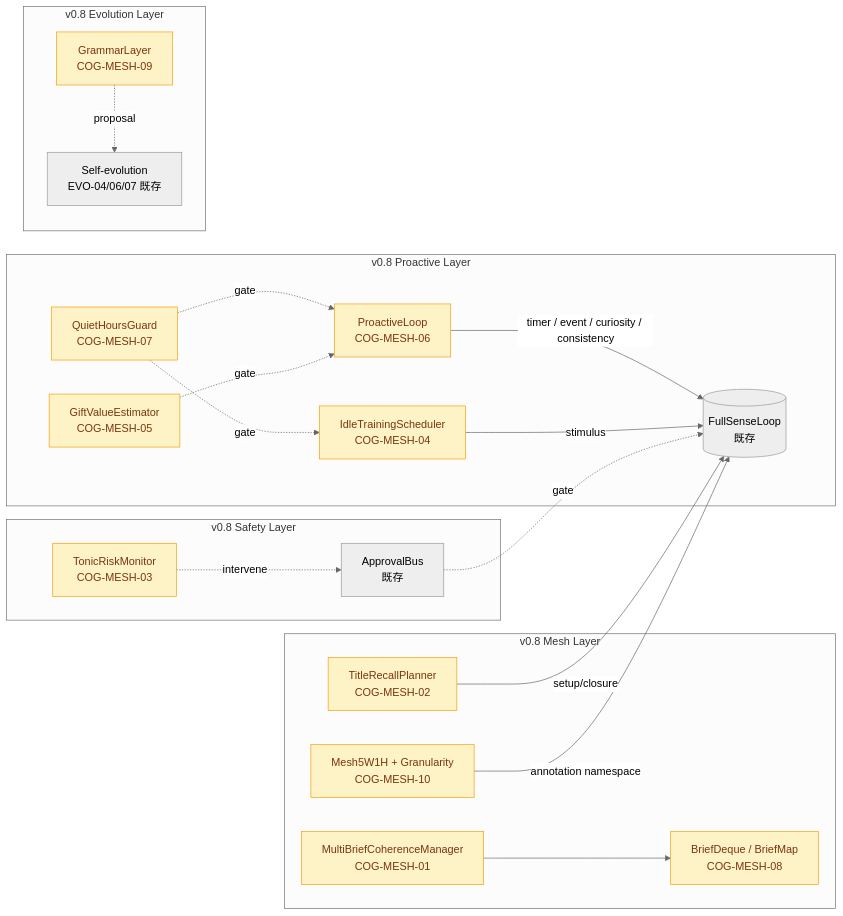
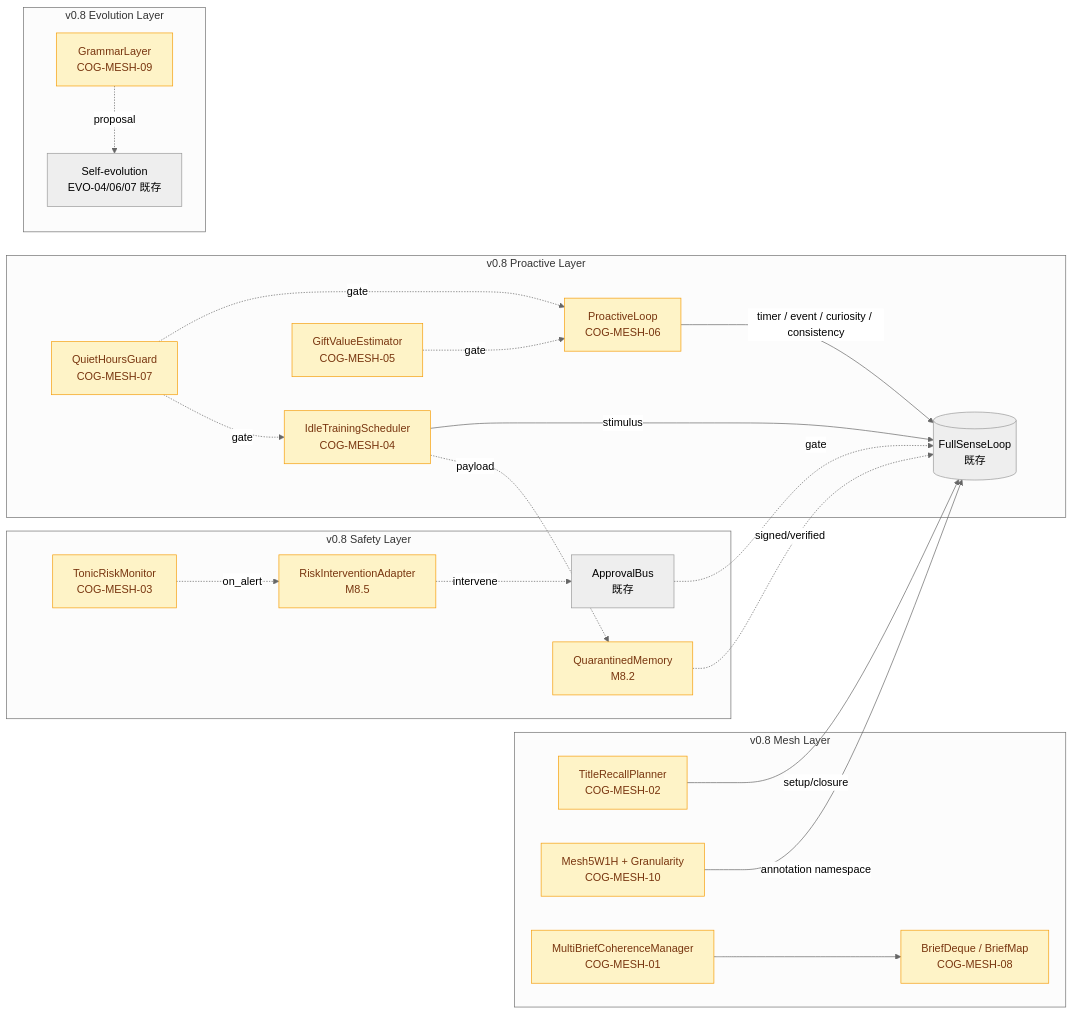
Before and after one commit to furuse-kazufumi/llive: the eighth of 8 diagrams in docs/architecture.md, drawn with Mermaid (neutral theme). The commit also changed other lines of this file, not shown here.

````diff
--- a/docs/architecture.md
+++ b/docs/architecture.md
@@ -254,24 +254,27 @@
 ```mermaid
 flowchart LR
   subgraph proactive [v0.8 Proactive Layer]
     PL[ProactiveLoop<br/>COG-MESH-06] -->|timer / event / curiosity / consistency| FSL[(FullSenseLoop<br/>既存)]
     QH[QuietHoursGuard<br/>COG-MESH-07] -.gate.-> PL
     GVE[GiftValueEstimator<br/>COG-MESH-05] -.gate.-> PL
     IDLE[IdleTrainingScheduler<br/>COG-MESH-04] -->|stimulus| FSL
     QH -.gate.-> IDLE
   end
   subgraph mesh [v0.8 Mesh Layer]
     MBC[MultiBriefCoherenceManager<br/>COG-MESH-01] --> BD[BriefDeque / BriefMap<br/>COG-MESH-08]
     TR[TitleRecallPlanner<br/>COG-MESH-02] -->|setup/closure| FSL
     M5[Mesh5W1H + Granularity<br/>COG-MESH-10] -->|annotation namespace| FSL
   end
   subgraph safety [v0.8 Safety Layer]
-    TRM[TonicRiskMonitor<br/>COG-MESH-03] -.intervene.-> AB[ApprovalBus<br/>既存]
+    TRM[TonicRiskMonitor<br/>COG-MESH-03] -.on_alert.-> RIA[RiskInterventionAdapter<br/>M8.5]
+    RIA -.intervene.-> AB[ApprovalBus<br/>既存]
     AB -.gate.-> FSL
+    IDLE -.payload.-> QM[QuarantinedMemory<br/>M8.2]
+    QM -.signed/verified.-> FSL
   end
   subgraph evolve [v0.8 Evolution Layer]
     GL[GrammarLayer<br/>COG-MESH-09] -.proposal.-> EVO[Self-evolution<br/>EVO-04/06/07 既存]
   end
   classDef new fill:#fef3c7,stroke:#f59e0b,color:#78350f;
-  class PL,QH,GVE,IDLE,MBC,BD,TR,M5,TRM,GL new;
+  class PL,QH,GVE,IDLE,MBC,BD,TR,M5,TRM,GL,RIA,QM new;
 ```
````
